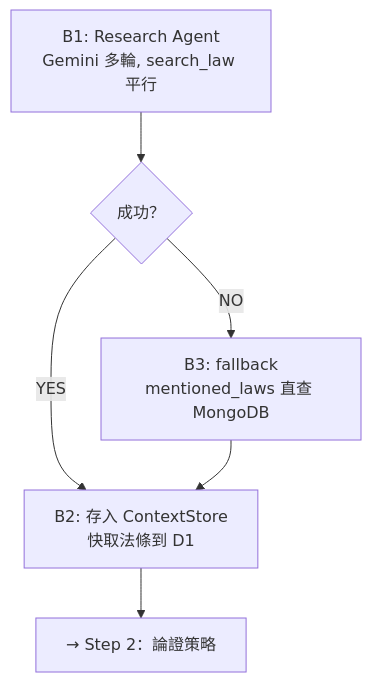
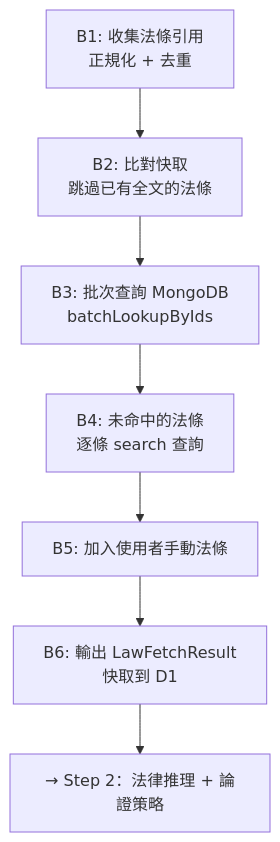
Before and after one commit to skynocover/lexdraft: the third of 6 diagrams in LEGAL_AGENT.md, drawn with Mermaid. The commit also changed other lines of this file and 3 other files, not shown here.

````diff
--- a/LEGAL_AGENT.md
+++ b/LEGAL_AGENT.md
@@ -166,9 +166,10 @@
 ```mermaid
 flowchart TD
-    ResearchAgent["B1: Research Agent<br/>Gemini 多輪, search_law 平行"]
-    ResearchAgent --> RASuccess{成功？}
-    RASuccess -- YES --> StoreResearch["B2: 存入 ContextStore<br/>快取法條到 D1"]
-    RASuccess -- NO --> FallbackResearch["B3: fallback<br/>mentioned_laws 直查 MongoDB"]
-    FallbackResearch --> StoreResearch
-    StoreResearch --> NextStep["→ Step 2：論證策略"]
+    Collect["B1: 收集法條引用<br/>正規化 + 去重"]
+    Collect --> CacheCheck["B2: 比對快取<br/>跳過已有全文的法條"]
+    CacheCheck --> BatchLookup["B3: 批次查詢 MongoDB<br/>batchLookupByIds"]
+    BatchLookup --> FallbackSearch["B4: 未命中的法條<br/>逐條 search 查詢"]
+    FallbackSearch --> AddManual["B5: 加入使用者手動法條"]
+    AddManual --> Result["B6: 輸出 LawFetchResult<br/>快取到 D1"]
+    Result --> NextStep["→ Step 2：法律推理 + 論證策略"]
 ```
````
